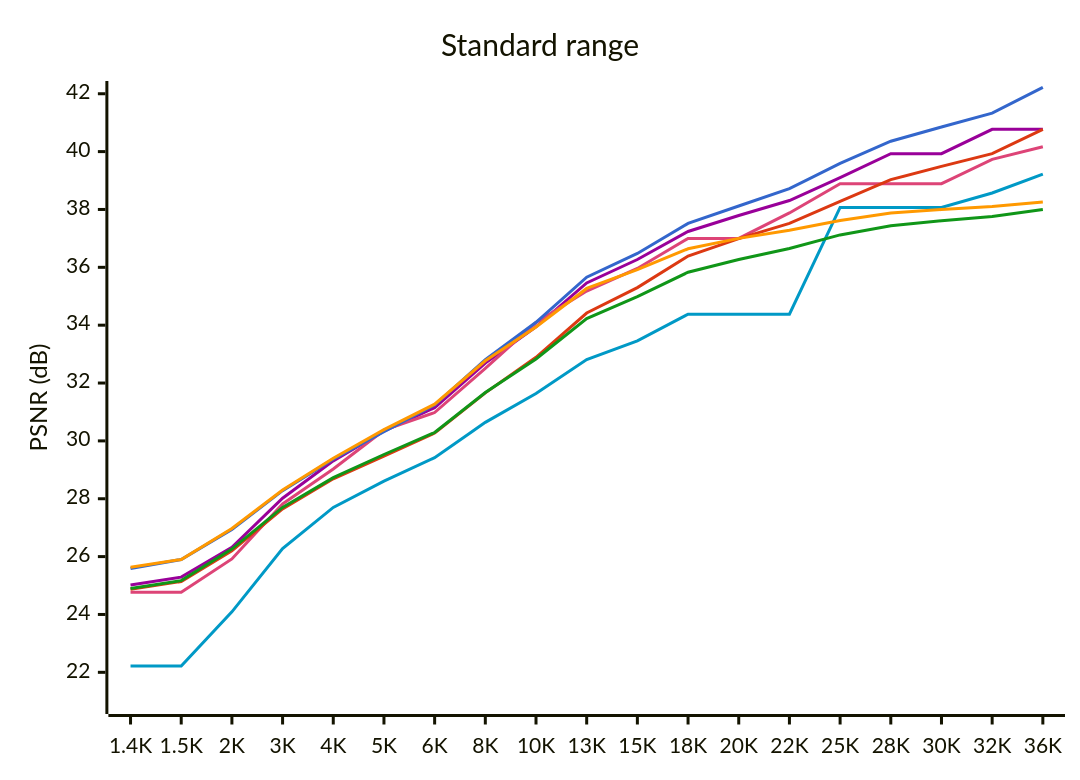
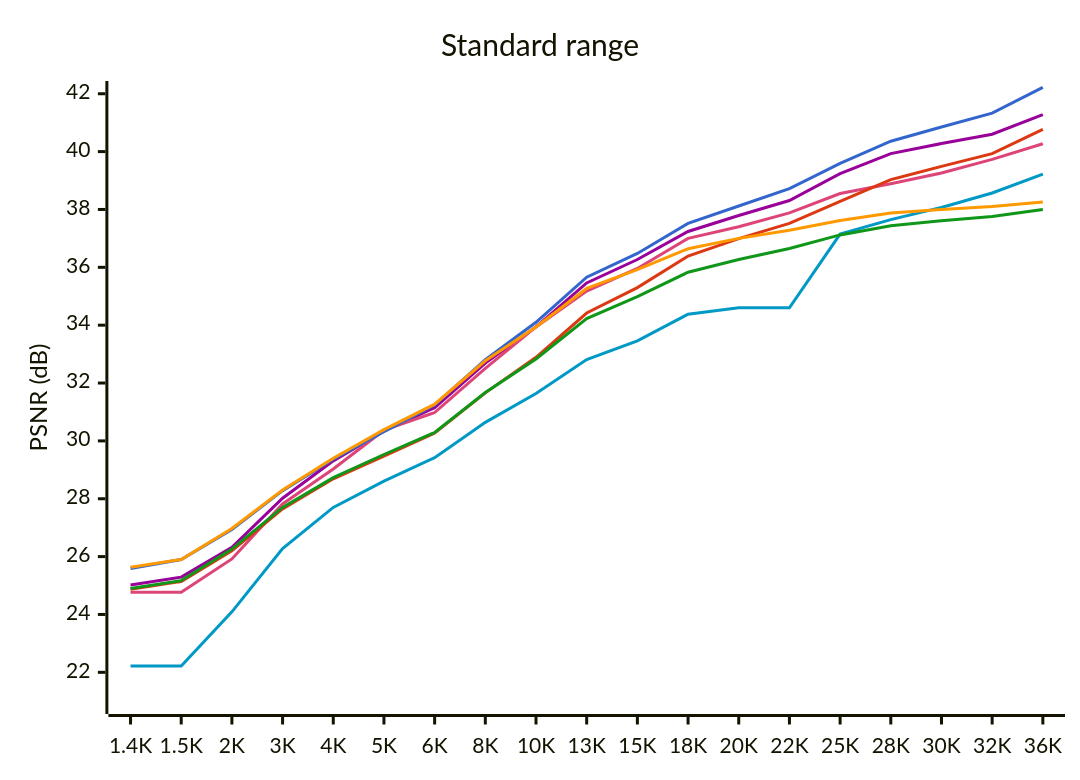
The second of 2 diagrams in results.md (lieff/miniwtpc), drawn with Mermaid before and after one commit. The commit also changed other lines of this file and 16 other files, not shown here.

````diff
--- a/results.md
+++ b/results.md
@@ -28,14 +28,14 @@
 ```mermaid
 %%{init: {"themeVariables": {"xyChart": {"plotColorPalette": "#0099c6, #990099, #dd4477, #3366cc, #dc3912, #ff9900, #109618"}}}}%%
 xychart-beta
     title "Standard range"
     y-axis "PSNR (dB)" 21 --> 42
     x-axis ["1.4K", "1.5K", "2K", "3K", "4K", "5K", "6K", "8K", "10K", "13K", "15K", "18K", "20K", "22K", "25K", "28K", "30K", "32K", "36K"]
-    line "JPEG" [22.22, 22.22, 24.09, 26.28, 27.70, 28.61, 29.42, 30.64, 31.64, 32.81, 33.46, 34.38, 34.38, 34.38, 38.07, 38.07, 38.07, 38.57, 39.22]
-    line "JPEG2000" [25.02, 25.29, 26.32, 28.02, 29.31, 30.34, 31.15, 32.69, 33.94, 35.46, 36.27, 37.24, 37.79, 38.31, 39.10, 39.93, 39.93, 40.77, 40.77]
-    line "JPEGXL" [24.77, 24.77, 25.92, 27.82, 29.03, 30.37, 30.98, 32.51, 34.09, 35.18, 35.96, 37.00, 37.00, 37.88, 38.89, 38.89, 38.89, 39.73, 40.17]
+    line "JPEG" [22.22, 22.22, 24.09, 26.28, 27.70, 28.61, 29.42, 30.64, 31.64, 32.81, 33.46, 34.38, 34.60, 34.60, 37.15, 37.65, 38.07, 38.57, 39.22]
+    line "JPEG2000" [25.02, 25.29, 26.32, 28.02, 29.31, 30.34, 31.15, 32.69, 33.94, 35.46, 36.27, 37.24, 37.79, 38.31, 39.24, 39.93, 40.28, 40.60, 41.28]
+    line "JPEGXL" [24.77, 24.77, 25.92, 27.82, 29.03, 30.37, 30.98, 32.51, 33.94, 35.18, 35.96, 37.00, 37.40, 37.88, 38.55, 38.89, 39.26, 39.73, 40.27]
     line "WTPC EBC" [25.59, 25.90, 26.94, 28.28, 29.37, 30.32, 31.24, 32.81, 34.10, 35.66, 36.48, 37.52, 38.12, 38.72, 39.59, 40.36, 40.85, 41.33, 42.22]
     line "WTPC Huff" [24.87, 25.14, 26.20, 27.65, 28.69, 29.47, 30.27, 31.66, 32.89, 34.42, 35.30, 36.39, 36.99, 37.52, 38.28, 39.03, 39.49, 39.93, 40.77]
     line "W420 EBC" [25.63, 25.90, 26.97, 28.30, 29.40, 30.39, 31.27, 32.77, 33.94, 35.27, 35.92, 36.64, 37.00, 37.28, 37.62, 37.88, 38.00, 38.10, 38.26]
     line "W420 Huff" [24.90, 25.17, 26.26, 27.70, 28.73, 29.53, 30.29, 31.67, 32.83, 34.23, 34.99, 35.83, 36.27, 36.65, 37.12, 37.44, 37.61, 37.76, 38.00]
 ```
````
